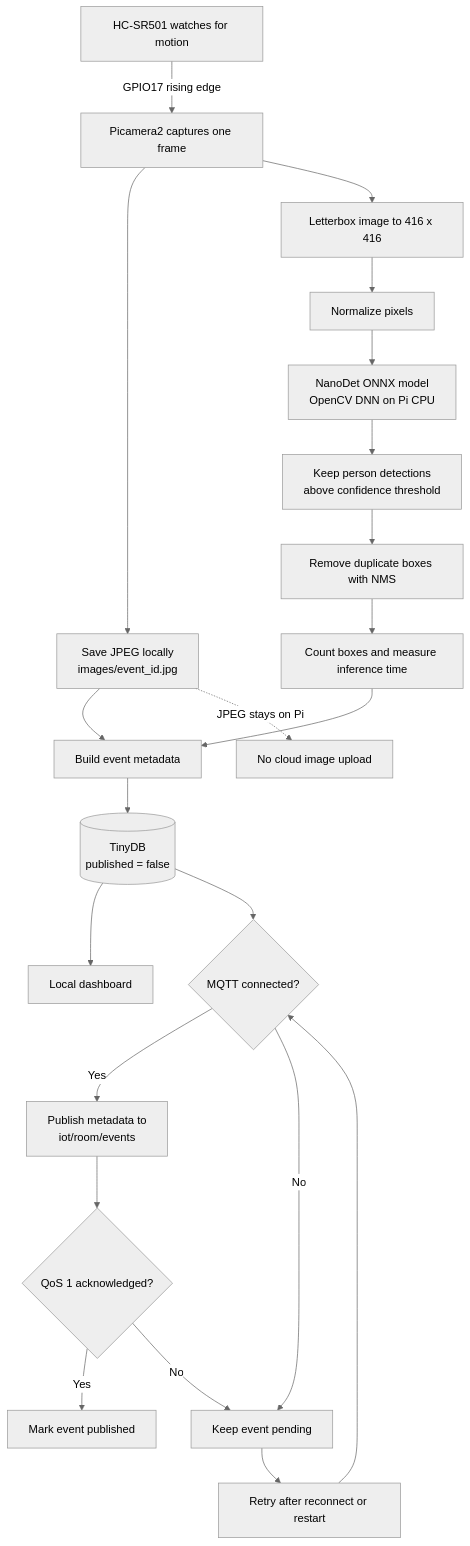
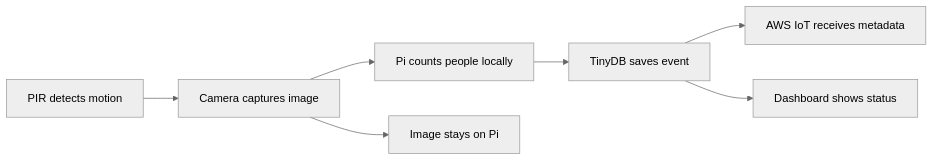
Before and after one commit to TheAditya123/iot-: the diagram in README.md, drawn with Mermaid (neutral theme).

Commit message:
Simplify pipeline diagram

````diff
--- a/README.md
+++ b/README.md
@@ -8,24 +8,9 @@
 ```mermaid
-flowchart TD
-    A[HC-SR501 watches for motion] -->|GPIO17 rising edge| B[Picamera2 captures one frame]
-    B --> C[Save JPEG locally<br/>images/event_id.jpg]
-    B --> D[Letterbox image to 416 x 416]
-    D --> E[Normalize pixels]
-    E --> F[NanoDet ONNX model<br/>OpenCV DNN on Pi CPU]
-    F --> G[Keep person detections<br/>above confidence threshold]
-    G --> H[Remove duplicate boxes with NMS]
-    H --> I[Count boxes and measure inference time]
-    C --> J[Build event metadata]
-    I --> J
-    J --> K[(TinyDB<br/>published = false)]
-    K --> L[Local dashboard]
-    K --> M{MQTT connected?}
-    M -->|Yes| N[Publish metadata to<br/>iot/room/events]
-    N --> O{QoS 1 acknowledged?}
-    O -->|Yes| P[Mark event published]
-    M -->|No| Q[Keep event pending]
-    O -->|No| Q
-    Q --> R[Retry after reconnect or restart]
-    R --> M
-    C -. JPEG stays on Pi .-> S[No cloud image upload]
+flowchart LR
+    A[PIR detects motion] --> B[Camera captures image]
+    B --> C[Pi counts people locally]
+    C --> D[TinyDB saves event]
+    D --> E[AWS IoT receives metadata]
+    D --> F[Dashboard shows status]
+    B --> G[Image stays on Pi]
 ```
````
